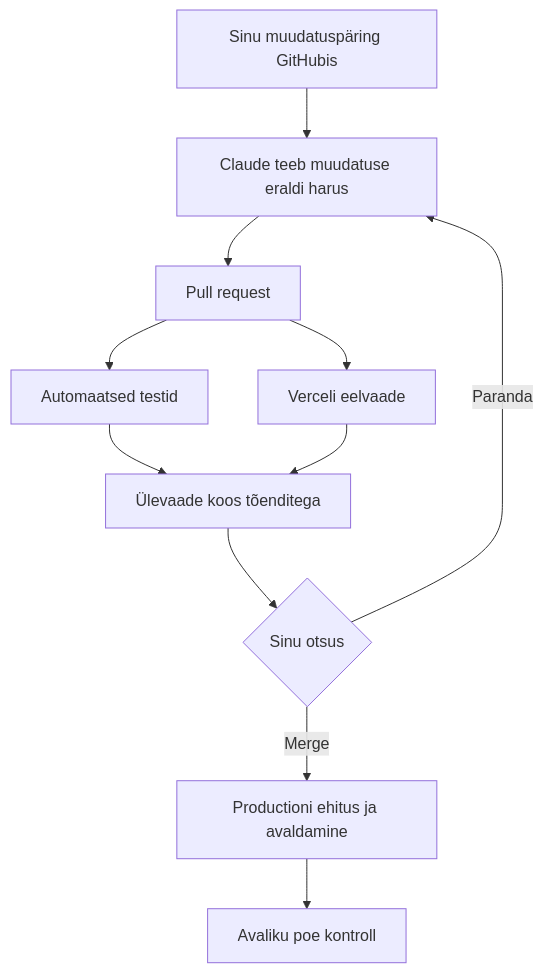
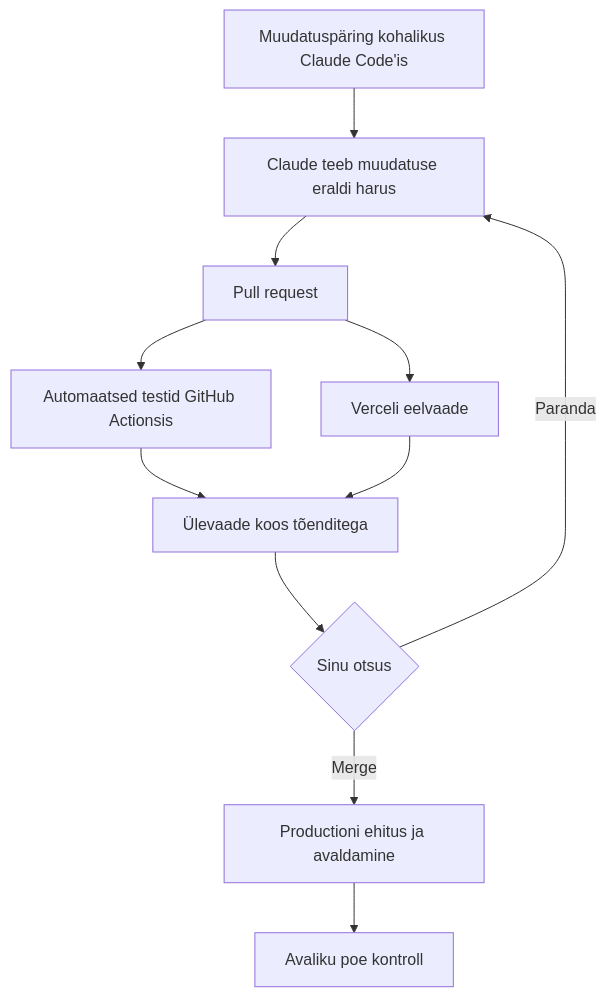
The diagram in docs/tooprotsess.md (ojapriit/klapipood), drawn with Mermaid before and after one commit. The commit also changed other lines of this file and 10 other files, not shown here.

````diff
--- a/docs/tooprotsess.md
+++ b/docs/tooprotsess.md
@@ -3,13 +3,13 @@
 ```mermaid
 flowchart TD
-    A[Sinu muudatuspäring GitHubis] --> B[Claude teeb muudatuse eraldi harus]
+    A[Muudatuspäring kohalikus Claude Code'is] --> B[Claude teeb muudatuse eraldi harus]
     B --> C[Pull request]
-    C --> D[Automaatsed testid]
+    C --> D[Automaatsed testid GitHub Actionsis]
     C --> E[Verceli eelvaade]
     D --> F[Ülevaade koos tõenditega]
     E --> F
     F --> G{Sinu otsus}
     G -- Paranda --> B
     G -- Merge --> H[Productioni ehitus ja avaldamine]
     H --> I[Avaliku poe kontroll]
 ```
````
